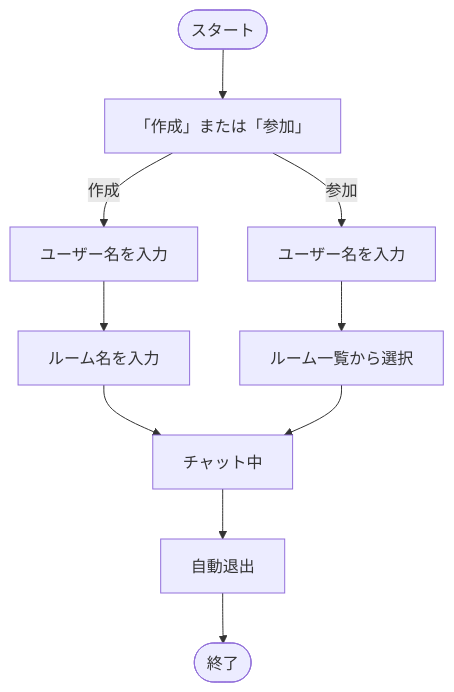
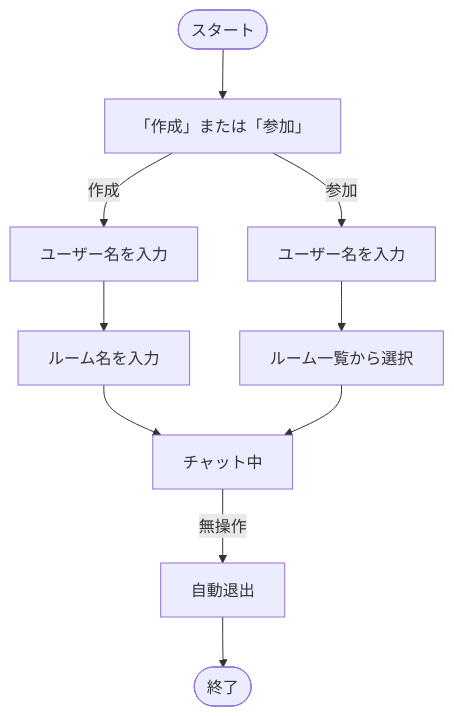
The first of 4 diagrams in README.md (BackendExplorer/Online-Chat-Service), drawn with Mermaid before and after one commit.

````diff
--- a/README.md
+++ b/README.md
@@ -177,20 +177,20 @@
 ```mermaid
 flowchart TD
     Start([スタート])
     選択["「作成」または「参加」"]
 
     入力作成[ユーザー名を入力]
     ルーム名入力[ルーム名を入力]
 
     入力参加[ユーザー名を入力]
     ルーム一覧[ルーム一覧から選択]
 
     チャット中[チャット中]
     自動退出[自動退出]
     End([終了])
 
     Start --> 選択
     選択 -- 作成 --> 入力作成 --> ルーム名入力 --> チャット中
     選択 -- 参加 --> 入力参加 --> ルーム一覧 --> チャット中
-    チャット中 --> 自動退出 --> End
+    チャット中 -->|無操作| 自動退出 --> End
 ```
````
